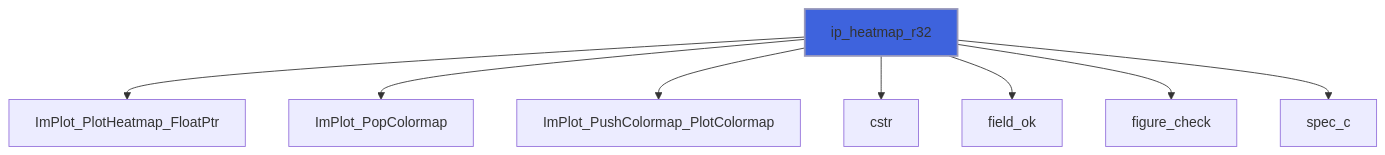
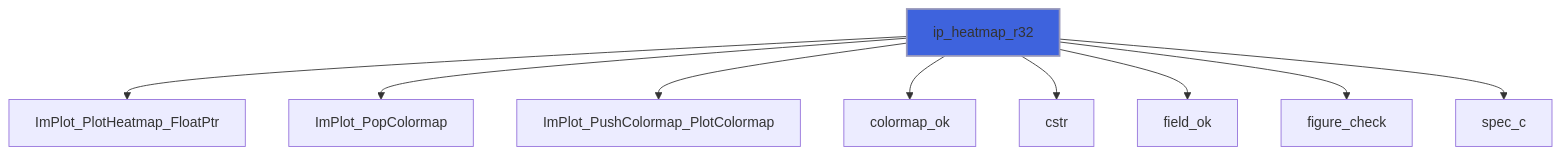
One commit to szaghi/figure changed diagram 15 of 41 in docs/api/src/lib/figure_implot.md. Above: the diagram before and after it, drawn with Mermaid. The commit also changed other lines of this file and 2 other files, not shown here.

First line of the commit message:
docs(api): the API pages regenerated for the colormap registry

````diff
--- a/docs/api/src/lib/figure_implot.md
+++ b/docs/api/src/lib/figure_implot.md
@@ -536,11 +540,12 @@
 ```mermaid
 flowchart TD
   ip_heatmap_r32["ip_heatmap_r32"] --> ImPlot_PlotHeatmap_FloatPtr["ImPlot_PlotHeatmap_FloatPtr"]
   ip_heatmap_r32["ip_heatmap_r32"] --> ImPlot_PopColormap["ImPlot_PopColormap"]
   ip_heatmap_r32["ip_heatmap_r32"] --> ImPlot_PushColormap_PlotColormap["ImPlot_PushColormap_PlotColormap"]
+  ip_heatmap_r32["ip_heatmap_r32"] --> colormap_ok["colormap_ok"]
   ip_heatmap_r32["ip_heatmap_r32"] --> cstr["cstr"]
   ip_heatmap_r32["ip_heatmap_r32"] --> field_ok["field_ok"]
   ip_heatmap_r32["ip_heatmap_r32"] --> figure_check["figure_check"]
   ip_heatmap_r32["ip_heatmap_r32"] --> spec_c["spec_c"]
   style ip_heatmap_r32 fill:#3e63dd,stroke:#99b,stroke-width:2px
 ```
````
